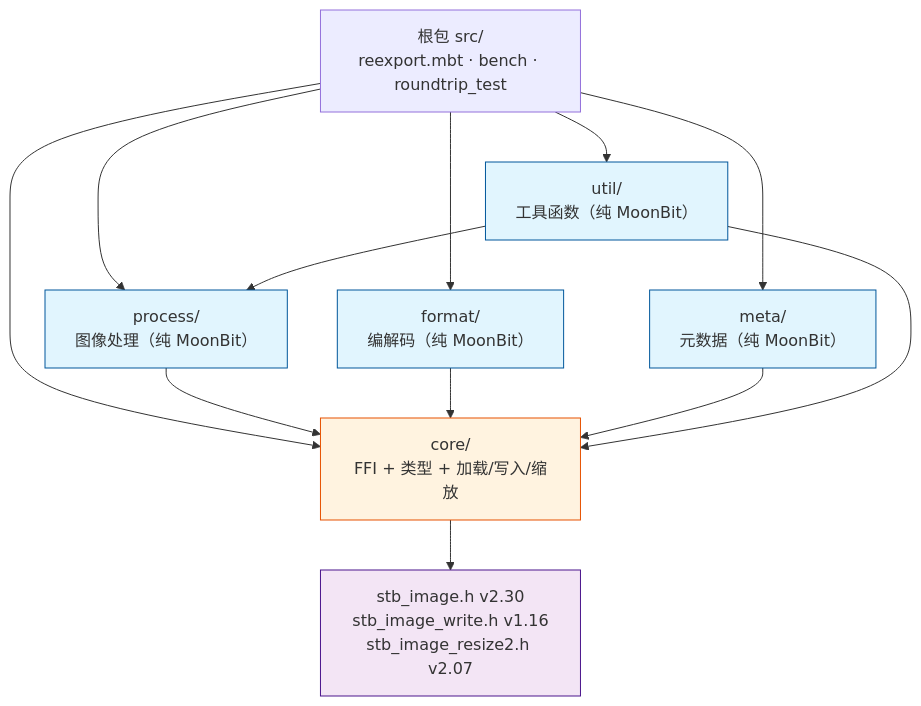
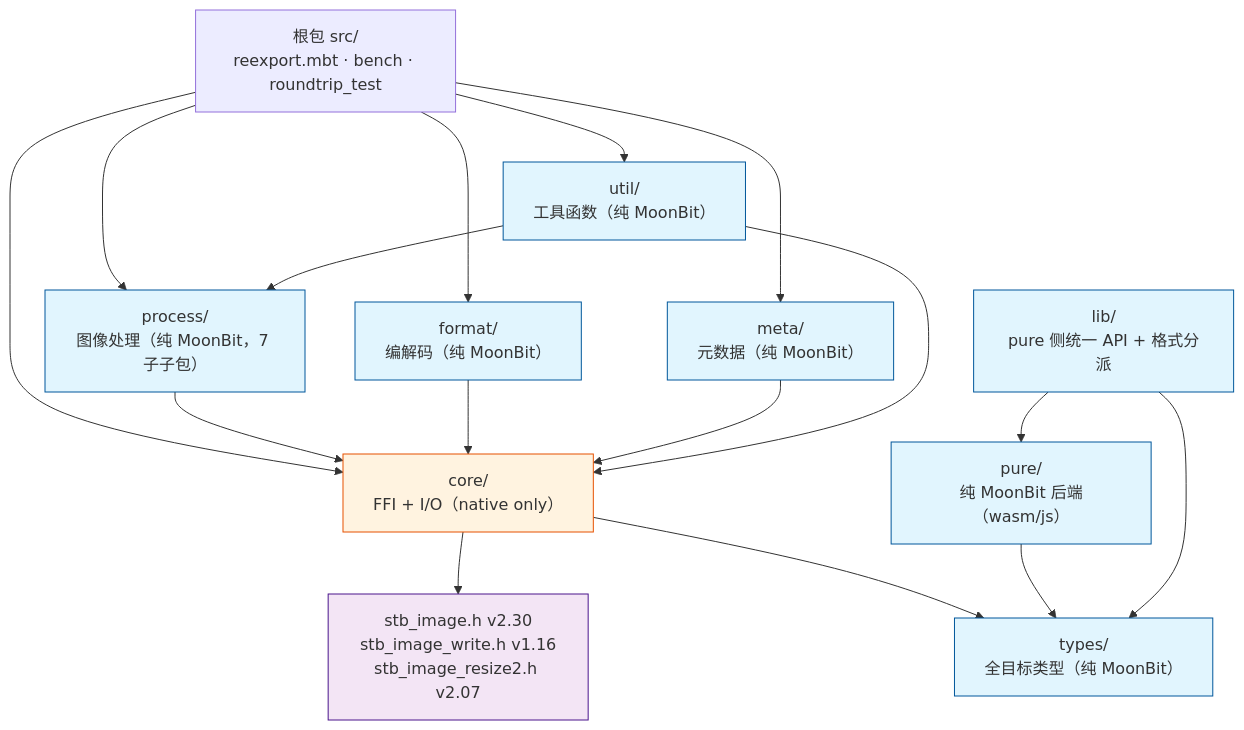
One commit to toadium/stb-image changed the third of 14 diagrams in ARCHITECTURE.md. Above: the diagram before and after it, drawn with Mermaid. The commit also changed other lines of this file and 6 other files, not shown here.

````diff
--- a/ARCHITECTURE.md
+++ b/ARCHITECTURE.md
@@ -128,30 +144,37 @@
 ```mermaid
 flowchart TB
     Root["根包 src/<br/>reexport.mbt · bench · roundtrip_test"]
-    Core["core/<br/>FFI + 类型 + 加载/写入/缩放"]
-    Process["process/<br/>图像处理（纯 MoonBit）"]
+    Types["types/<br/>全目标类型（纯 MoonBit）"]
+    Core["core/<br/>FFI + I/O（native only）"]
+    Process["process/<br/>图像处理（纯 MoonBit，7 子子包）"]
     Format["format/<br/>编解码（纯 MoonBit）"]
     Meta["meta/<br/>元数据（纯 MoonBit）"]
     Util["util/<br/>工具函数（纯 MoonBit）"]
+    Pure["pure/<br/>纯 MoonBit 后端（wasm/js）"]
+    Lib["lib/<br/>pure 侧统一 API + 格式分派"]
 
     Root --> Core
     Root --> Process
     Root --> Format
     Root --> Meta
     Root --> Util
+    Core --> Types
+    Pure --> Types
+    Lib --> Types
+    Lib --> Pure
     Process --> Core
     Format --> Core
     Meta --> Core
     Util --> Core
     Util --> Process
 
     Stb["stb_image.h v2.30<br/>stb_image_write.h v1.16<br/>stb_image_resize2.h v2.07"]
     Core --> Stb
 
     classDef pure fill:#e1f5fe,stroke:#01579b
     classDef ffi fill:#fff3e0,stroke:#e65100
     classDef ext fill:#f3e5f5,stroke:#4a148c
-    class Process,Format,Meta,Util pure
+    class Types,Process,Format,Meta,Util,Pure,Lib pure
     class Core ffi
     class Stb ext
 ```
````
